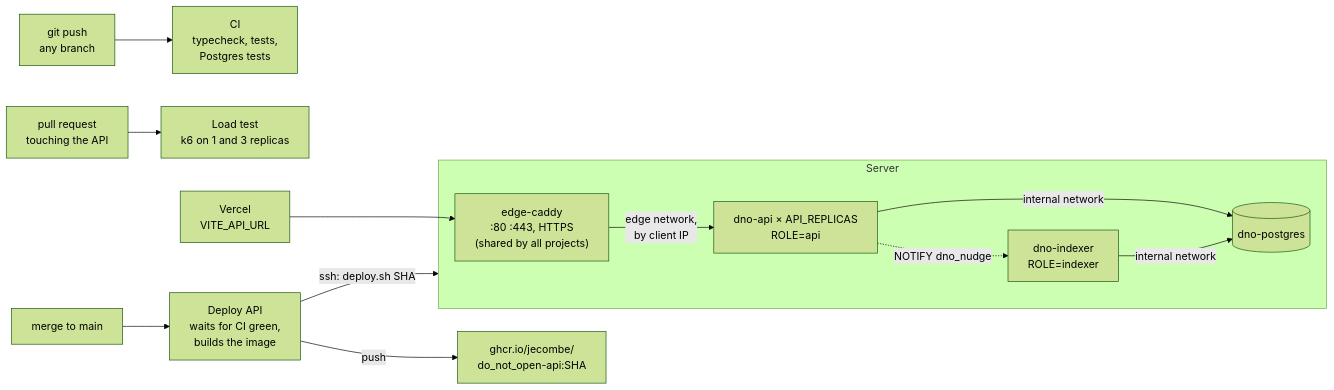
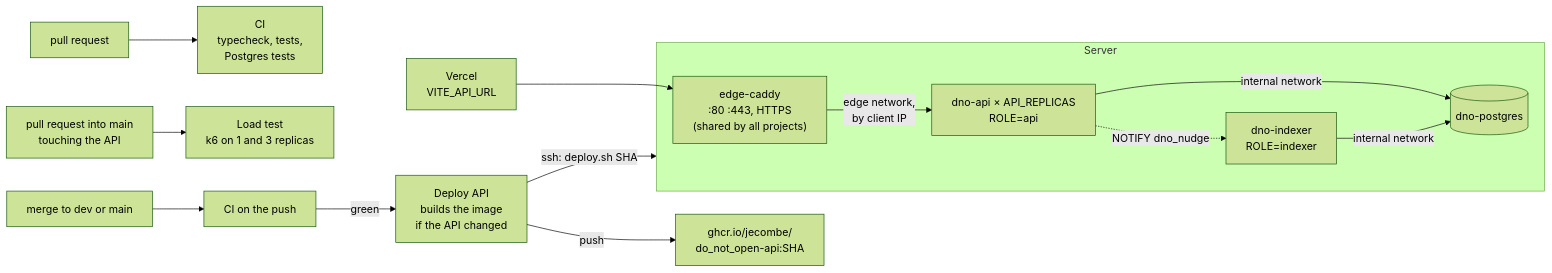
The diagram in deploy/README.md (jecombe/do_not_open), drawn with Mermaid (forest theme) before and after one commit. The commit also changed other lines of this file and 3 other files, not shown here.

Commit message:
Spend fewer Actions minutes: CI once per pull request and on pushes to dev and main, not for docs, and deploy when CI ends green instead of waiting beside it, only when the API changed

````diff
--- a/deploy/README.md
+++ b/deploy/README.md
@@ -7,15 +12,15 @@
 ```mermaid
 flowchart LR
-  push["git push<br/>any branch"] --> ci["CI<br/>typecheck, tests,<br/>Postgres tests"]
-  pr["pull request<br/>touching the API"] --> lt["Load test<br/>k6 on 1 and 3 replicas"]
-  merge["merge to main"] --> wf["Deploy API<br/>waits for CI green,<br/>builds the image"]
+  pr["pull request"] --> ci["CI<br/>typecheck, tests,<br/>Postgres tests"]
+  prmain["pull request into main<br/>touching the API"] --> lt["Load test<br/>k6 on 1 and 3 replicas"]
+  merge["merge to dev or main"] --> ci2["CI on the push"] -- "green" --> wf["Deploy API<br/>builds the image<br/>if the API changed"]
   wf -- "push" --> ghcr["ghcr.io/jecombe/<br/>do_not_open-api:SHA"]
   wf -- "ssh: deploy.sh SHA" --> server
   subgraph server["Server"]
     edge["edge-caddy<br/>:80 :443, HTTPS<br/>(shared by all projects)"] -- "edge network,<br/>by client IP" --> api["dno-api × API_REPLICAS<br/>ROLE=api"]
     api -- "internal network" --> pg[(dno-postgres)]
     indexer["dno-indexer<br/>ROLE=indexer"] -- "internal network" --> pg
     api -. "NOTIFY dno_nudge" .-> indexer
   end
   vercel["Vercel<br/>VITE_API_URL"] --> edge
 ```
````
